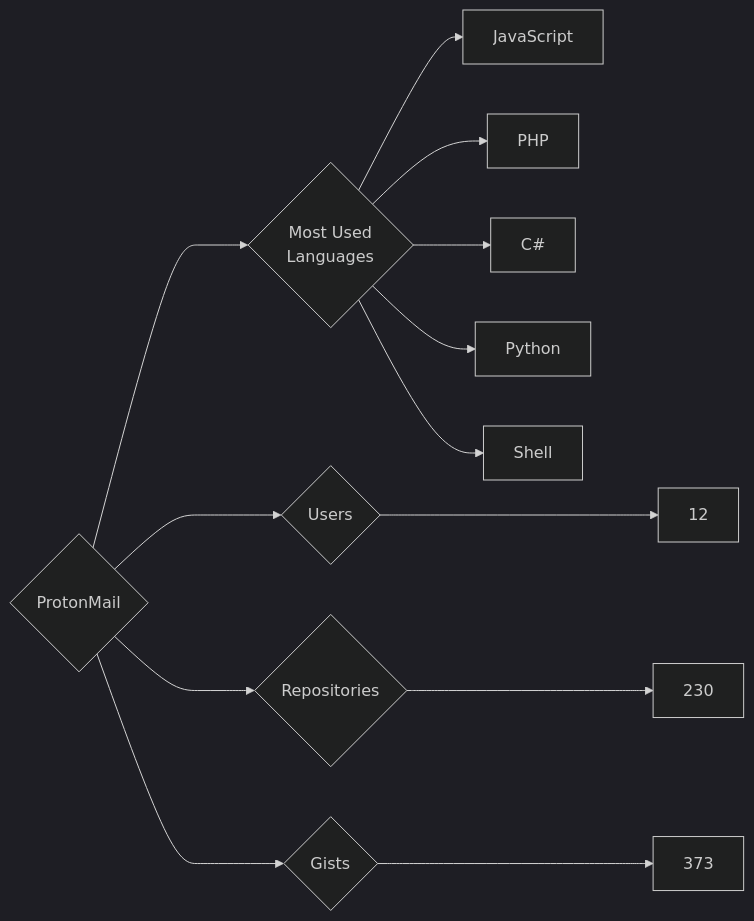
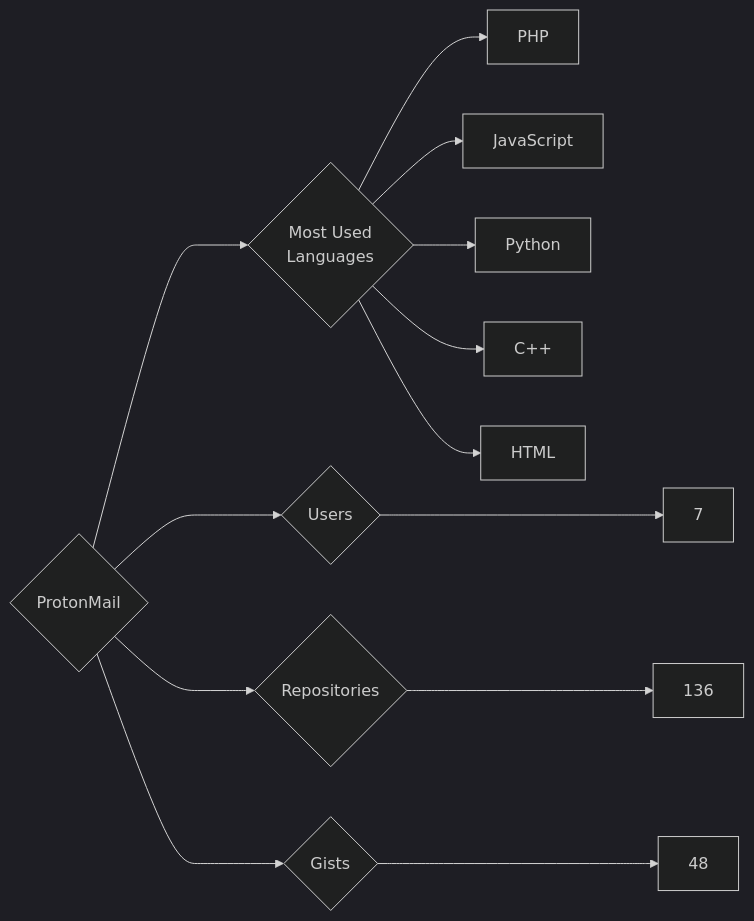
One commit to trickest/insiders changed the diagram in targets/ProtonMail/README.md. Above: the diagram before and after it, drawn with Mermaid (dark theme). The commit also changed 903 other files, not shown here.

````diff
--- a/targets/ProtonMail/README.md
+++ b/targets/ProtonMail/README.md
@@ -3,13 +3,13 @@
 ```mermaid
 graph LR
 COMPANY_NAME{ProtonMail}
-COMPANY_NAME ---> U{Users} ---> UN[12]
-COMPANY_NAME ---> R{Repositories} ---> RN[230]
-COMPANY_NAME ---> G{Gists} ---> GN[373]
+COMPANY_NAME ---> U{Users} ---> UN[7]
+COMPANY_NAME ---> R{Repositories} ---> RN[136]
+COMPANY_NAME ---> G{Gists} ---> GN[48]
 COMPANY_NAME ---> ML{Most Used<br>Languages}
+ML --> PHP[PHP]
 ML --> JavaScript[JavaScript]
-ML --> PHP[PHP]
-ML --> C#[C#]
 ML --> Python[Python]
-ML --> Shell[Shell]
+ML --> C++[C++]
+ML --> HTML[HTML]
 ```
````
